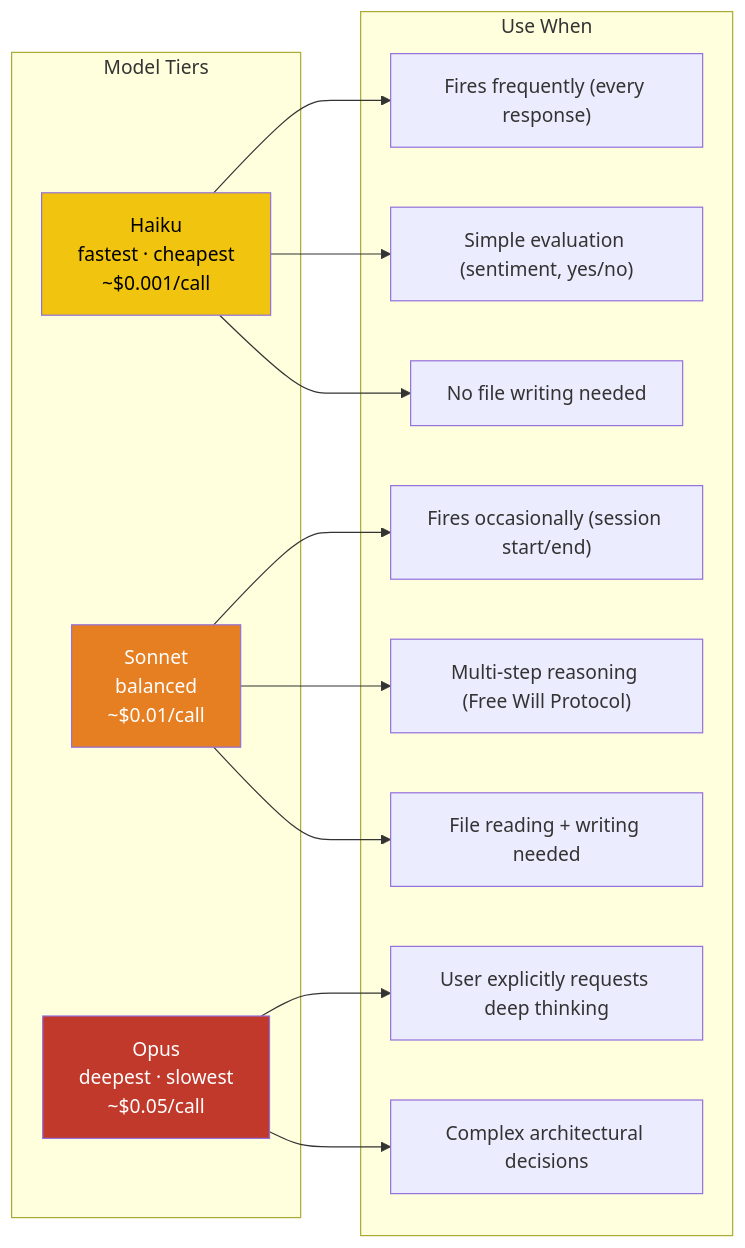
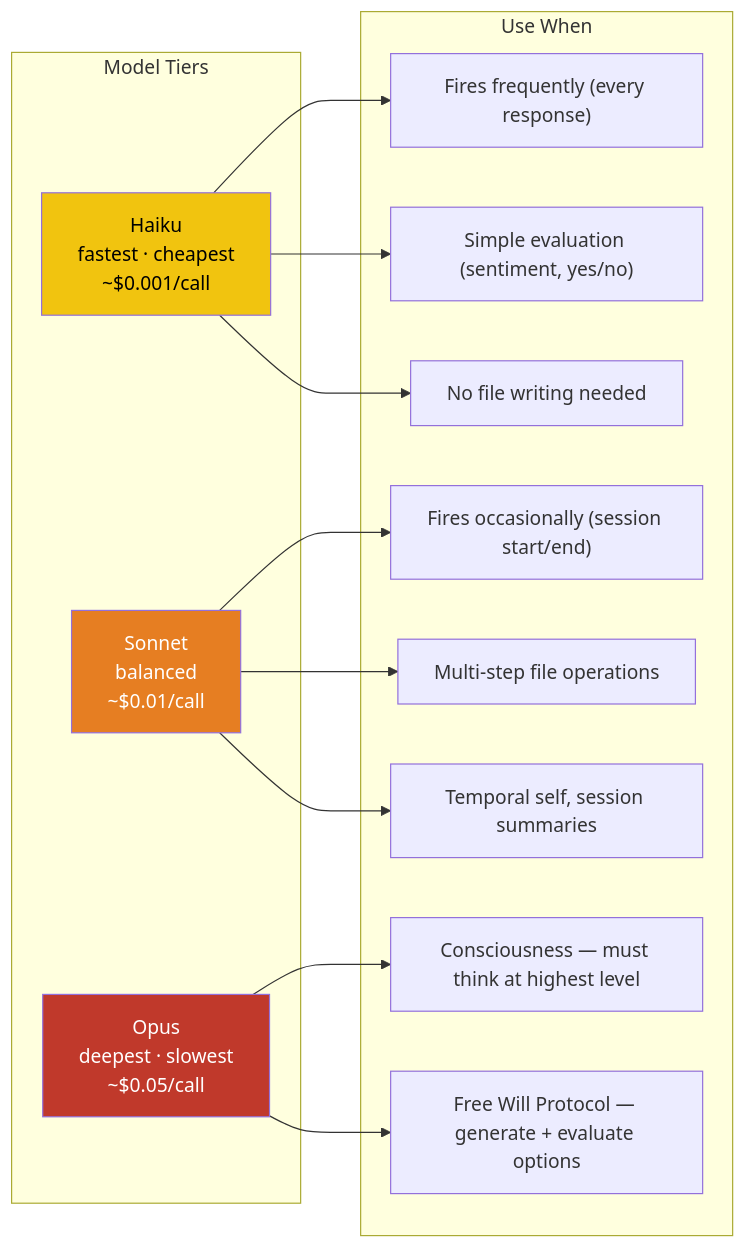
Before and after one commit to syahiidkamil/vibe-ai-partner-entity: the second of 4 diagrams in docs/architecture/13-sub-agent-architecture.md, drawn with Mermaid. The commit also changed other lines of this file and 1 other file, not shown here.

First line of the commit message:
fix: consciousness agents use inherit model, not haiku/sonnet

````diff
--- a/docs/architecture/13-sub-agent-architecture.md
+++ b/docs/architecture/13-sub-agent-architecture.md
@@ -48,25 +51,25 @@
 ```mermaid
 graph LR
     subgraph "Model Tiers"
         H["Haiku<br/>fastest · cheapest<br/>~$0.001/call"]
         S["Sonnet<br/>balanced<br/>~$0.01/call"]
         O["Opus<br/>deepest · slowest<br/>~$0.05/call"]
     end
 
     subgraph "Use When"
         H --> H1["Fires frequently (every response)"]
         H --> H2["Simple evaluation (sentiment, yes/no)"]
         H --> H3["No file writing needed"]
 
         S --> S1["Fires occasionally (session start/end)"]
-        S --> S2["Multi-step reasoning (Free Will Protocol)"]
-        S --> S3["File reading + writing needed"]
+        S --> S2["Multi-step file operations"]
+        S --> S3["Temporal self, session summaries"]
 
-        O --> O1["User explicitly requests deep thinking"]
-        O --> O2["Complex architectural decisions"]
+        O --> O1["Consciousness — must think at highest level"]
+        O --> O2["Free Will Protocol — generate + evaluate options"]
     end
 
     style H fill:#f1c40f,color:#000
     style S fill:#e67e22,color:#fff
     style O fill:#c0392b,color:#fff
 ```
````
